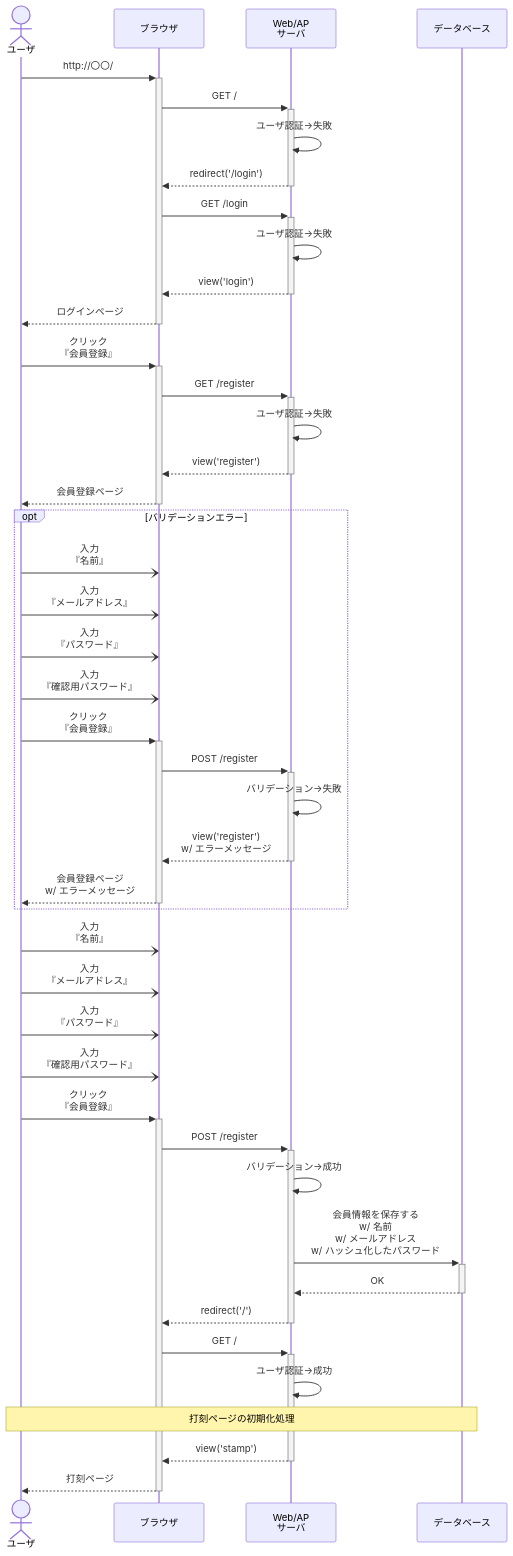
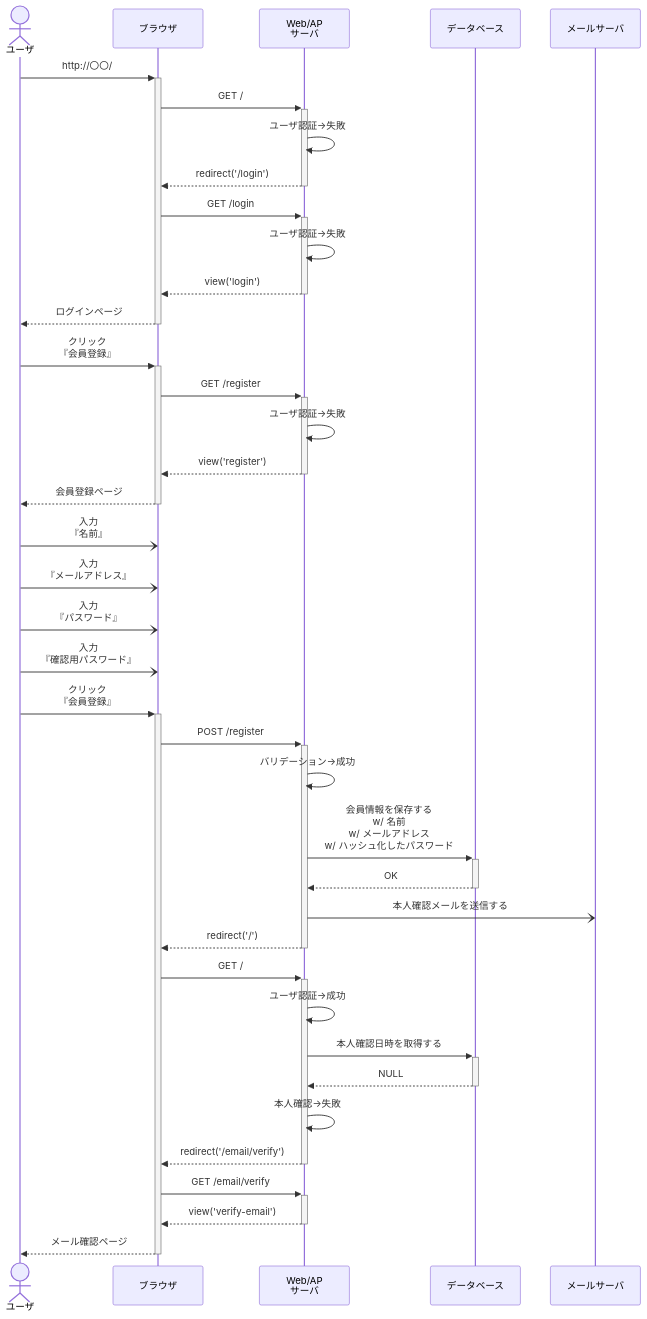
The first of 4 diagrams in doc/シーケンス図/会員登録.md (ryamao/atte), drawn with Mermaid before and after one commit. The commit also changed other lines of this file and 1 other file, not shown here.

Commit message:
doc(verify): メールによる本人確認機能をシーケンス図に追加する

````diff
--- a/doc/シーケンス図/会員登録.md
+++ b/doc/シーケンス図/会員登録.md
@@ -3,50 +5,44 @@
 ```mermaid
 sequenceDiagram
   actor U as ユーザ
   participant B as ブラウザ
   participant A as Web/AP<br>サーバ
   participant D as データベース
+  participant M as メールサーバ
 
   U ->>+ B : http://〇〇/
   B ->>+ A : GET /
   A ->> A : ユーザ認証→失敗
   A -->>- B : redirect('/login')
   B ->>+ A : GET /login
   A ->> A : ユーザ認証→失敗
   A -->>- B : view('login')
   B -->>- U : ログインページ
 
   U ->>+ B : クリック<br>『会員登録』
   B ->>+ A : GET /register
   A ->> A : ユーザ認証→失敗
   A -->>- B : view('register')
   B -->>- U : 会員登録ページ
 
-  opt バリデーションエラー
-    U -) B : 入力<br>『名前』
-    U -) B : 入力<br>『メールアドレス』
-    U -) B : 入力<br>『パスワード』
-    U -) B : 入力<br>『確認用パスワード』
-    U ->>+ B : クリック<br>『会員登録』
-    B ->>+ A : POST /register
-    A ->> A : バリデーション→失敗
-    A -->>- B : view('register')<br>w/ エラーメッセージ
-    B -->>- U : 会員登録ページ<br>w/ エラーメッセージ
-  end
-
   U -) B : 入力<br>『名前』
   U -) B : 入力<br>『メールアドレス』
   U -) B : 入力<br>『パスワード』
   U -) B : 入力<br>『確認用パスワード』
   U ->>+ B : クリック<br>『会員登録』
   B ->>+ A : POST /register
   A ->> A : バリデーション→成功
   A ->>+ D : 会員情報を保存する<br>w/ 名前<br>w/ メールアドレス<br>w/ ハッシュ化したパスワード
   D -->>- A : OK
+  A -) M : 本人確認メールを送信する
   A -->>- B : redirect('/')
   B ->>+ A : GET /
   A ->> A : ユーザ認証→成功
-  note over U, D : 打刻ページの初期化処理
-  A -->>- B : view('stamp')
-  B -->>- U : 打刻ページ
+  A ->>+ D : 本人確認日時を取得する
+  D -->>- A : NULL
+  A ->> A : 本人確認→失敗
+  A -->>- B : redirect('/email/verify')
+  B ->>+ A : GET /email/verify
+  A -->>- B : view('verify-email')
+  B -->>- U : メール確認ページ
 ```
````
